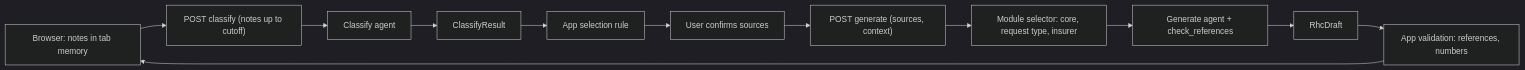
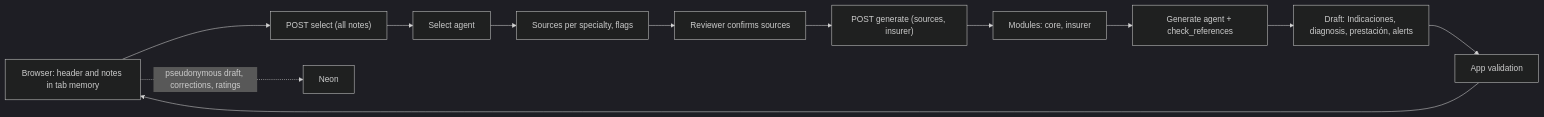
The diagram in docs/specs/rhc-generation-agent.md (qwesoftware/sienes), drawn with Mermaid (dark theme) before and after one commit. The commit also changed other lines of this file and 6 other files, not shown here.

Commit message:
docs: renewals only, AI source selection by content, PAMI format for all insurers, pseudonymous RHC storage (ADR-0003)

````diff
--- a/docs/specs/rhc-generation-agent.md
+++ b/docs/specs/rhc-generation-agent.md
@@ -26,9 +29,10 @@
 ```mermaid
 flowchart LR
-  B["Browser: notes in tab memory"] --> C["POST classify (notes up to cutoff)"]
-  C --> CA["Classify agent"] --> CR["ClassifyResult"]
-  CR --> S["App selection rule"] --> U["User confirms sources"]
-  U --> G["POST generate (sources, context)"]
-  G --> M["Module selector: core, request type, insurer"] --> GA["Generate agent + check_references"]
-  GA --> D["RhcDraft"] --> V["App validation: references, numbers"] --> B
+  B["Browser: header and notes in tab memory"] --> S["POST select (all notes)"]
+  S --> SA["Select agent"] --> SR["Sources per specialty, flags"]
+  SR --> U["Reviewer confirms sources"]
+  U --> G["POST generate (sources, insurer)"]
+  G --> M["Modules: core, insurer"] --> GA["Generate agent + check_references"]
+  GA --> D["Draft: Indicaciones, diagnosis, prestación, alerts"] --> V["App validation"] --> B
+  B -. "pseudonymous draft, corrections, ratings" .-> DB["Neon"]
 ```
````
